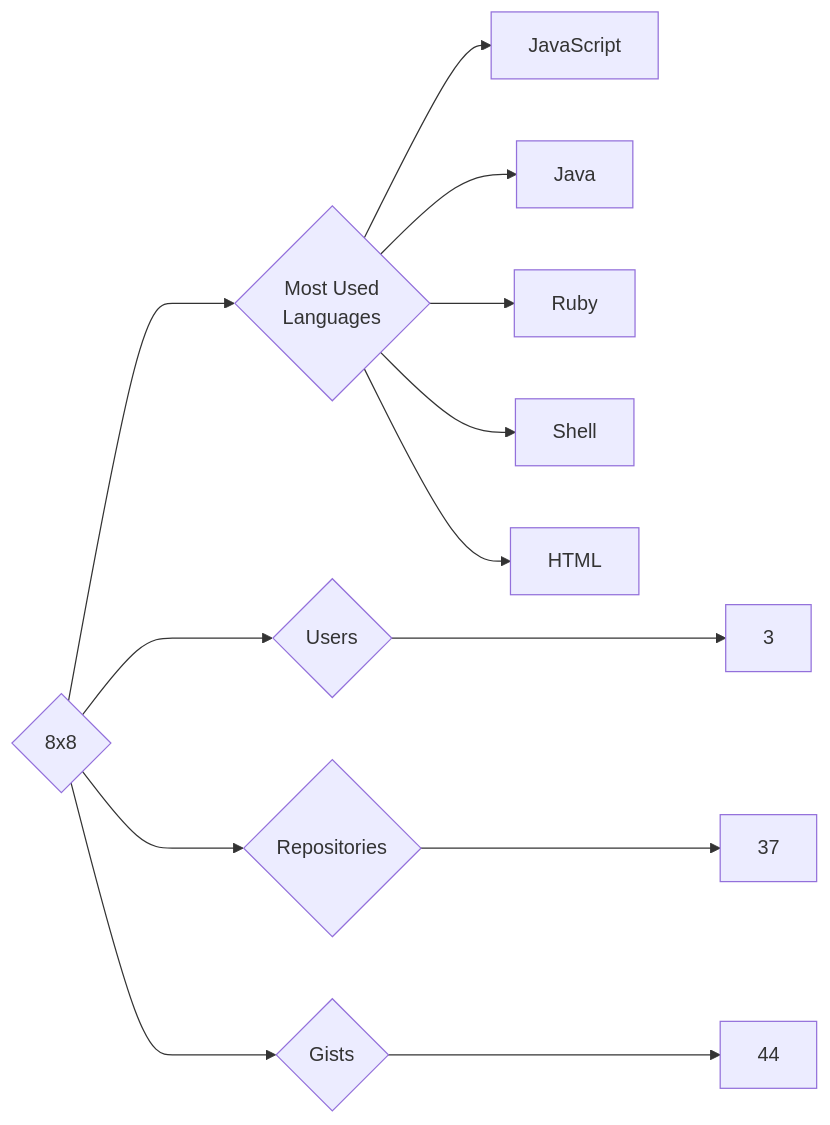
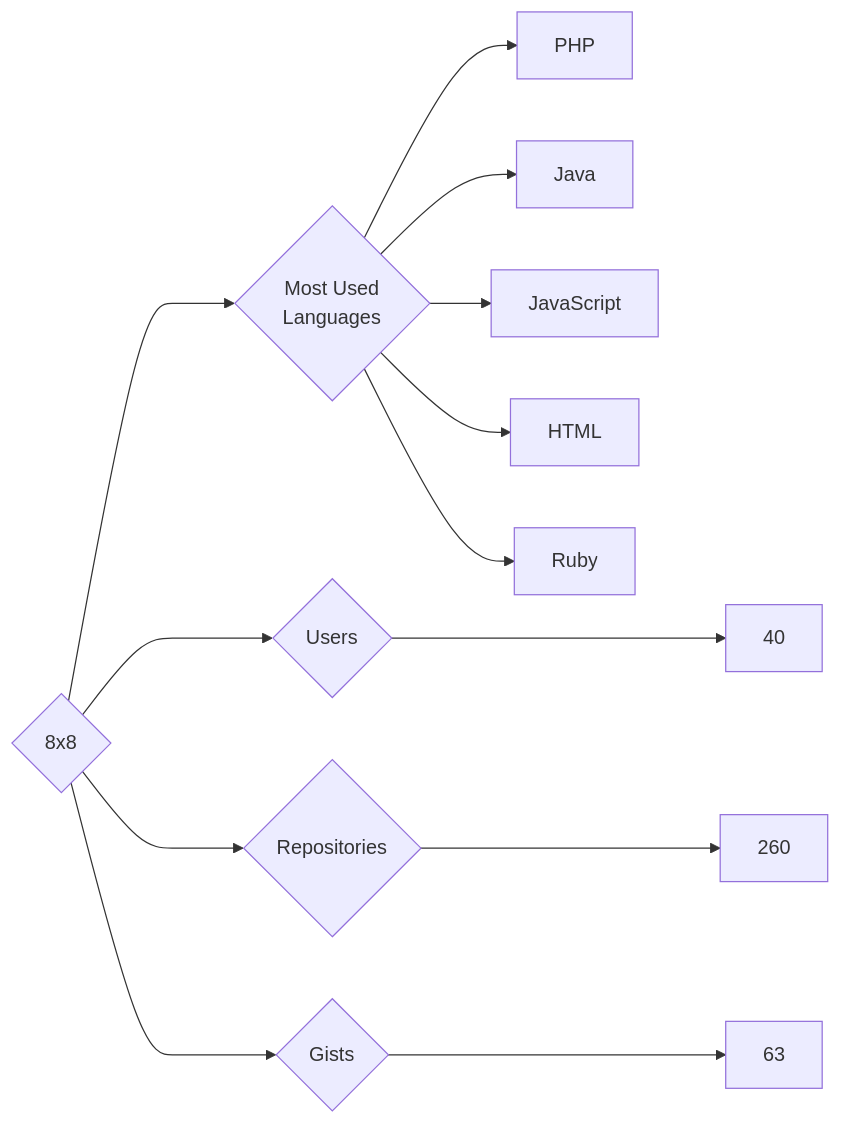
The diagram in targets/8x8/README.md (trickest/insiders), drawn with Mermaid before and after one commit. The commit also changed 640 other files, not shown here.

````diff
--- a/targets/8x8/README.md
+++ b/targets/8x8/README.md
@@ -3,13 +3,13 @@
 ```mermaid
 graph LR
 COMPANY_NAME{8x8}
-COMPANY_NAME ---> U{Users} ---> UN[3]
-COMPANY_NAME ---> R{Repositories} ---> RN[37]
-COMPANY_NAME ---> G{Gists} ---> GN[44]
+COMPANY_NAME ---> U{Users} ---> UN[40]
+COMPANY_NAME ---> R{Repositories} ---> RN[260]
+COMPANY_NAME ---> G{Gists} ---> GN[63]
 COMPANY_NAME ---> ML{Most Used<br>Languages}
+ML --> PHP[PHP]
+ML --> Java[Java]
 ML --> JavaScript[JavaScript]
-ML --> Java[Java]
+ML --> HTML[HTML]
 ML --> Ruby[Ruby]
-ML --> Shell[Shell]
-ML --> HTML[HTML]
 ```
````
